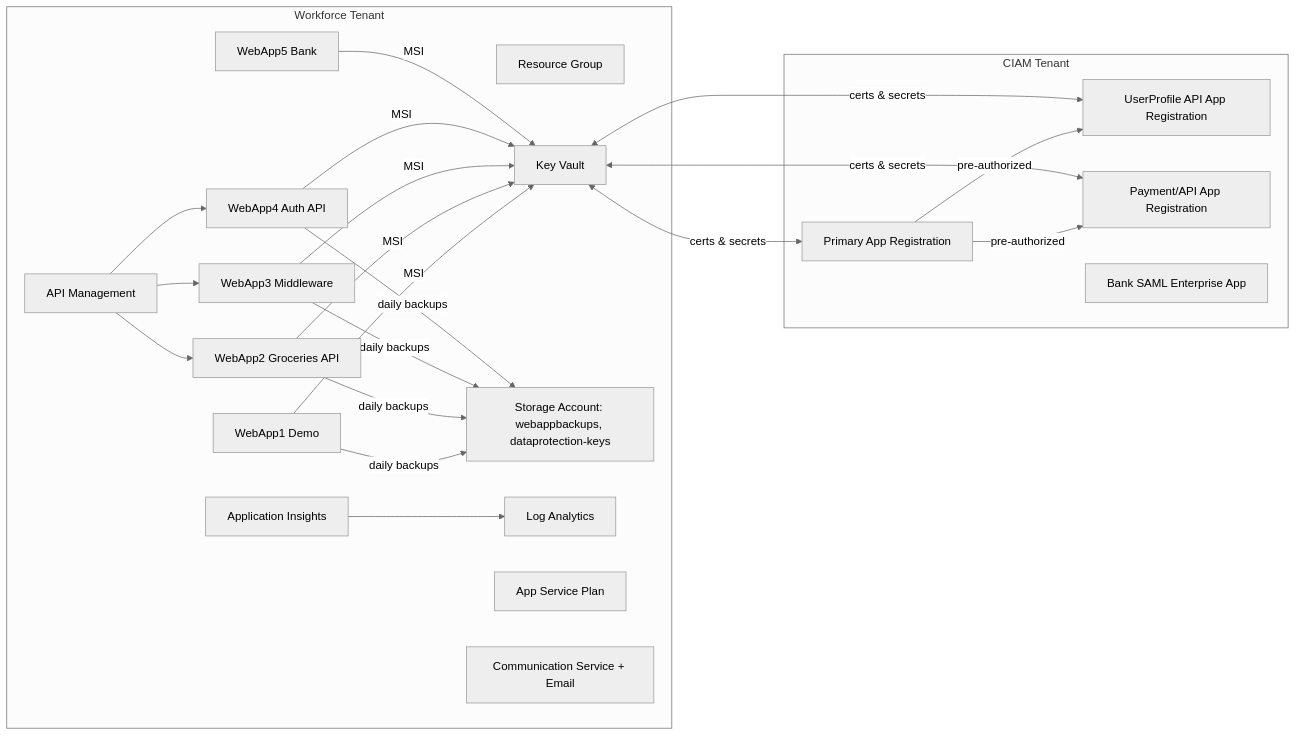
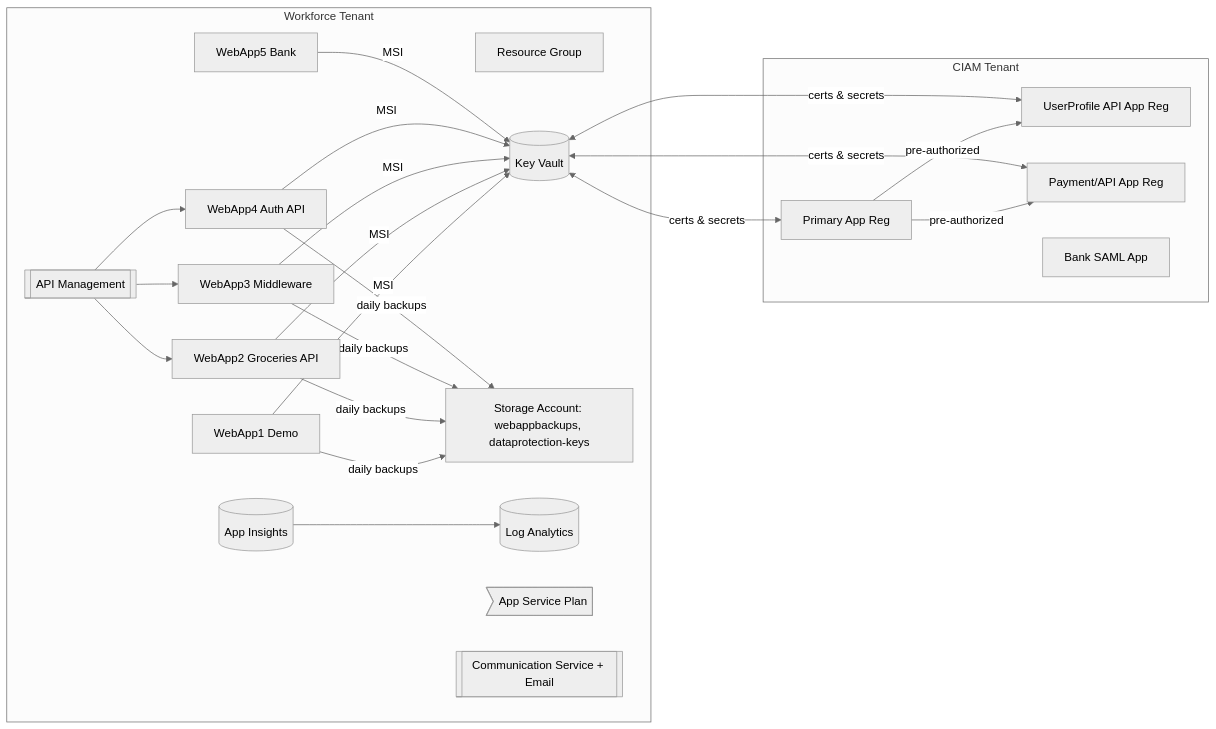
The diagram in README.md (t79homasdw/woodgrove-infrastructure), drawn with Mermaid (neutral theme) before and after one commit.

Commit message:
Push Updates

````diff
--- a/README.md
+++ b/README.md
@@ -11,47 +11,31 @@
 ```mermaid
 flowchart LR
-  %% CIAM Tenant
-  subgraph CIAM_Tenant [CIAM Tenant]
-    AADP["Primary App Registration"]
-    AADU["UserProfile API App Registration"]
-    AADA["Payment/API App Registration"]
-    AADB["Bank SAML Enterprise App"]
+  subgraph CIAM Tenant
+    AADP[Primary App Reg]
+    AADU[UserProfile API App Reg]
+    AADA[Payment/API App Reg]
+    AADB[Bank SAML App]
   end
-
-  %% Workforce Tenant
-  subgraph Workforce_Tenant [Workforce Tenant]
-    RG["Resource Group"]
-    KV["Key Vault"]
-    SA["Storage Account: webappbackups, dataprotection-keys"]
-    LAW["Log Analytics"]
-    AI["Application Insights"]
-    ASP["App Service Plan"]
-    APIM["API Management"]
-    ACS["Communication Service + Email"]
-    W1["WebApp1 Demo"]
-    W2["WebApp2 Groceries API"]
-    W3["WebApp3 Middleware"]
-    W4["WebApp4 Auth API"]
-    W5["WebApp5 Bank"]
+  subgraph Workforce Tenant
+    RG[Resource Group]
+    KV[(Key Vault)]
+    SA[Storage Account: webappbackups, dataprotection-keys]
+    LAW[(Log Analytics)]
+    AI[(App Insights)]
+    ASP>App Service Plan]
+    APIM[[API Management]]
+    ACS[[Communication Service + Email]]
+    W1[WebApp1 Demo]
+    W2[WebApp2 Groceries API]
+    W3[WebApp3 Middleware]
+    W4[WebApp4 Auth API]
+    W5[WebApp5 Bank]
   end
-
-  %% Relationships
-  AADP -- "pre-authorized" --> AADU
-  AADP -- "pre-authorized" --> AADA
-  KV <-- "certs & secrets" --> AADP
-  KV <-- "certs & secrets" --> AADU
-  KV <-- "certs & secrets" --> AADA
-  W1 -- "MSI" --> KV
-  W2 -- "MSI" --> KV
-  W3 -- "MSI" --> KV
-  W4 -- "MSI" --> KV
-  W5 -- "MSI" --> KV
-  W1 -- "daily backups" --> SA
-  W2 -- "daily backups" --> SA
-  W3 -- "daily backups" --> SA
-  W4 -- "daily backups" --> SA
+  AADP -->|pre-authorized| AADU
+  AADP -->|pre-authorized| AADA
+  KV <-->|certs & secrets| AADP & AADU & AADA
+  W1 & W2 & W3 & W4 & W5 -->|MSI| KV
+  W1 & W2 & W3 & W4 -->|daily backups| SA
   AI --> LAW
-  APIM --> W2
-  APIM --> W3
-  APIM --> W4 
+  APIM --> W2 & W3 & W4 
 ```
````
